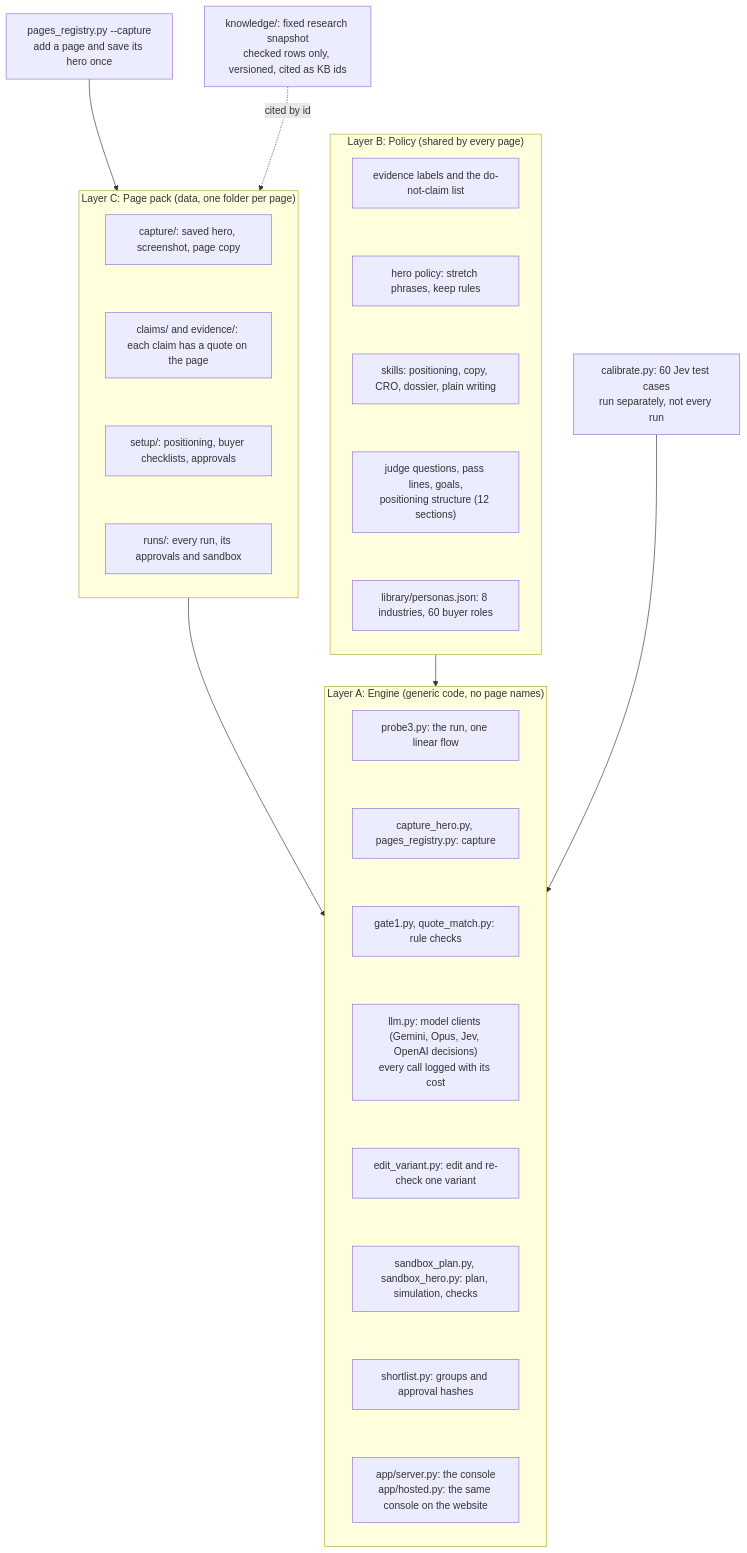
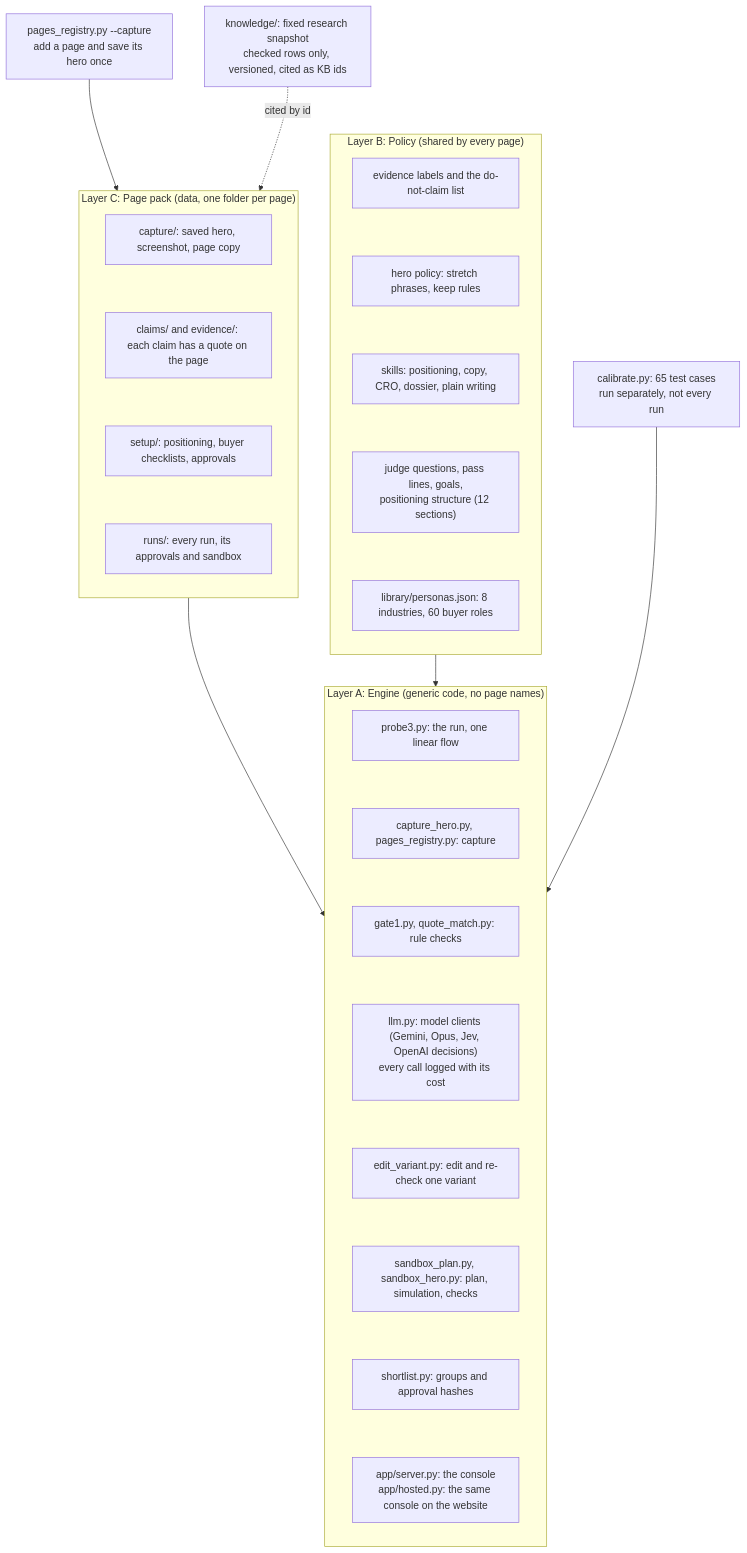
One commit to jtrnjn271994-cloud/sarvam-website-agent changed the second of 6 diagrams in docs/architecture.md. Above: the diagram before and after it, drawn with Mermaid. The commit also changed other lines of this file and 53 other files, not shown here.

First line of the commit message:
Judge questions v2, architecture v13, website runs can be pulled locally

````diff
--- a/docs/architecture.md
+++ b/docs/architecture.md
@@ -55,37 +69,37 @@
 ```mermaid
 flowchart TB
     subgraph ENG["Layer A: Engine (generic code, no page names)"]
         direction TB
         E1["probe3.py: the run, one linear flow"]
         E2["capture_hero.py, pages_registry.py: capture"]
         E3["gate1.py, quote_match.py: rule checks"]
         E4["llm.py: model clients (Gemini, Opus, Jev, OpenAI decisions)<br/>every call logged with its cost"]
         E5["edit_variant.py: edit and re-check one variant"]
         E6["sandbox_plan.py, sandbox_hero.py: plan, simulation, checks"]
         E7["shortlist.py: groups and approval hashes"]
         E8["app/server.py: the console<br/>app/hosted.py: the same console on the website"]
     end
     subgraph POL["Layer B: Policy (shared by every page)"]
         direction TB
         P1["evidence labels and the do-not-claim list"]
         P2["hero policy: stretch phrases, keep rules"]
         P3["skills: positioning, copy, CRO, dossier, plain writing"]
         P4["judge questions, pass lines, goals,<br/>positioning structure (12 sections)"]
         P5["library/personas.json: 8 industries, 60 buyer roles"]
     end
     subgraph PACK["Layer C: Page pack (data, one folder per page)"]
         direction TB
         K1["capture/: saved hero, screenshot, page copy"]
         K2["claims/ and evidence/: each claim has a quote on the page"]
         K3["setup/: positioning, buyer checklists, approvals"]
         K4["runs/: every run, its approvals and sandbox"]
     end
     PACK --> ENG
     POL --> ENG
     NEW["pages_registry.py --capture<br/>add a page and save its hero once"] --> PACK
     KB["knowledge/: fixed research snapshot<br/>checked rows only, versioned, cited as KB ids"] -.cited by id.-> PACK
-    CAL["calibrate.py: 60 Jev test cases<br/>run separately, not every run"] --> ENG
+    CAL["calibrate.py: 65 test cases<br/>run separately, not every run"] --> ENG
     E1 ~~~ E2 ~~~ E3 ~~~ E4 ~~~ E5 ~~~ E6 ~~~ E7 ~~~ E8
     P1 ~~~ P2 ~~~ P3 ~~~ P4 ~~~ P5
     K1 ~~~ K2 ~~~ K3 ~~~ K4
 ```
````
